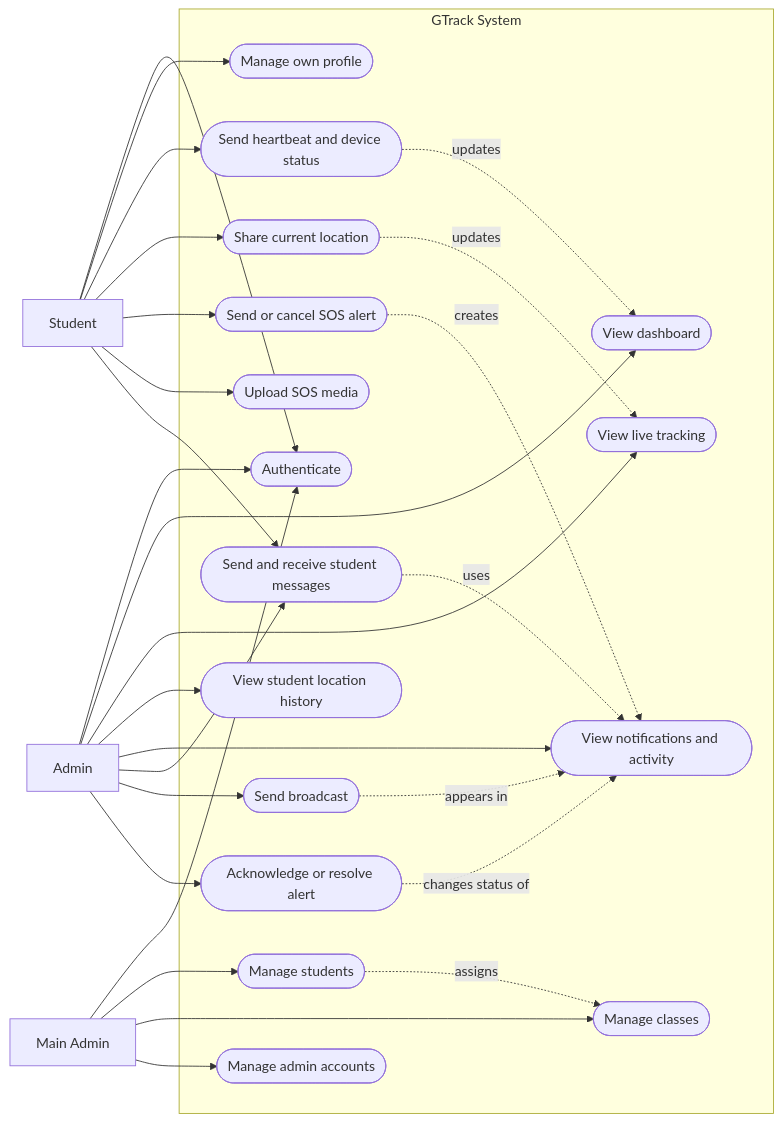
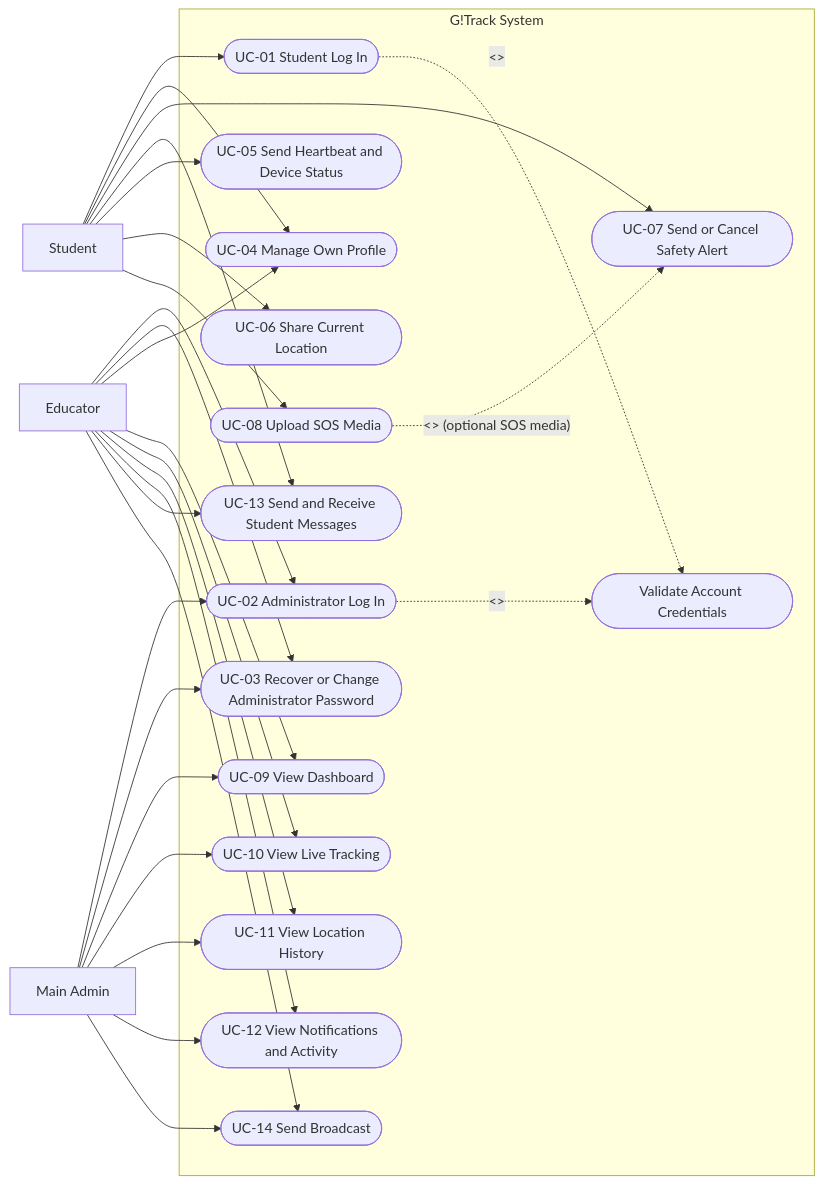
Before and after one commit to hazelmaefernandez24-commits/G-Track: the diagram in PN_GTrack/docs/use-case.md, drawn with Mermaid. The commit also changed other lines of this file and 52 other files, not shown here.

````diff
--- a/PN_GTrack/docs/use-case.md
+++ b/PN_GTrack/docs/use-case.md
@@ -7,57 +7,55 @@
 ```mermaid
 flowchart LR
     STUDENT[Student]
-    ADMIN[Admin]
+    EDUCATOR[Educator]
     MAIN[Main Admin]
 
-    subgraph GTRACK[GTrack System]
-        UC_LOGIN([Authenticate])
-        UC_PROFILE([Manage own profile])
-        UC_HEARTBEAT([Send heartbeat and device status])
-        UC_LOCATION([Share current location])
-        UC_SOS([Send or cancel SOS alert])
-        UC_MEDIA([Upload SOS media])
-
-        UC_DASHBOARD([View dashboard])
-        UC_TRACK([View live tracking])
-        UC_HISTORY([View student location history])
-        UC_NOTIFICATIONS([View notifications and activity])
-        UC_MESSAGE([Send and receive student messages])
-        UC_BROADCAST([Send broadcast])
-        UC_ACK([Acknowledge or resolve alert])
-
-        UC_STUDENTS([Manage students])
-        UC_CLASSES([Manage classes])
-        UC_ADMINS([Manage admin accounts])
+    subgraph GTRACK[G!Track System]
+        UC01([UC-01 Student Log In])
+        UC02([UC-02 Administrator Log In])
+        UC03([UC-03 Recover or Change Administrator Password])
+        UC04([UC-04 Manage Own Profile])
+        UC05([UC-05 Send Heartbeat and Device Status])
+        UC06([UC-06 Share Current Location])
+        UC07([UC-07 Send or Cancel Safety Alert])
+        UC08([UC-08 Upload SOS Media])
+        UC09([UC-09 View Dashboard])
+        UC10([UC-10 View Live Tracking])
+        UC11([UC-11 View Location History])
+        UC12([UC-12 View Notifications and Activity])
+        UC13([UC-13 Send and Receive Student Messages])
+        UC14([UC-14 Send Broadcast])
+        CREDENTIALS([Validate Account Credentials])
     end
 
-    STUDENT --> UC_LOGIN
-    STUDENT --> UC_PROFILE
-    STUDENT --> UC_HEARTBEAT
-    STUDENT --> UC_LOCATION
-    STUDENT --> UC_SOS
-    STUDENT --> UC_MEDIA
-    STUDENT --> UC_MESSAGE
+    STUDENT --> UC01
+    STUDENT --> UC04
+    STUDENT --> UC07
+    STUDENT --> UC13
 
-    ADMIN --> UC_LOGIN
-    ADMIN --> UC_DASHBOARD
-    ADMIN --> UC_TRACK
-    ADMIN --> UC_HISTORY
-    ADMIN --> UC_NOTIFICATIONS
-    ADMIN --> UC_MESSAGE
-    ADMIN --> UC_BROADCAST
-    ADMIN --> UC_ACK
+    STUDENT --> UC05
+    STUDENT --> UC06
+    STUDENT --> UC08
 
-    MAIN --> UC_LOGIN
-    MAIN --> UC_STUDENTS
-    MAIN --> UC_CLASSES
-    MAIN --> UC_ADMINS
+    EDUCATOR --> UC02
+    EDUCATOR --> UC03
+    EDUCATOR --> UC04
+    EDUCATOR --> UC09
+    EDUCATOR --> UC10
+    EDUCATOR --> UC11
+    EDUCATOR --> UC12
+    EDUCATOR --> UC13
+    EDUCATOR --> UC14
 
-    UC_SOS -. creates .-> UC_NOTIFICATIONS
-    UC_LOCATION -. updates .-> UC_TRACK
-    UC_HEARTBEAT -. updates .-> UC_DASHBOARD
-    UC_BROADCAST -. appears in .-> UC_NOTIFICATIONS
-    UC_MESSAGE -. uses .-> UC_NOTIFICATIONS
-    UC_ACK -. changes status of .-> UC_NOTIFICATIONS
-    UC_STUDENTS -. assigns .-> UC_CLASSES
+    MAIN --> UC02
+    MAIN --> UC03
+    MAIN --> UC09
+    MAIN --> UC10
+    MAIN --> UC11
+    MAIN --> UC12
+    MAIN --> UC14
+
+    UC01 -. "<<include>>" .-> CREDENTIALS
+    UC02 -. "<<include>>" .-> CREDENTIALS
+    UC08 -. "<<extend>> (optional SOS media)" .-> UC07
 ```
````
